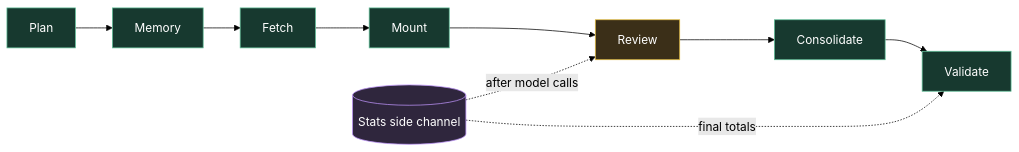
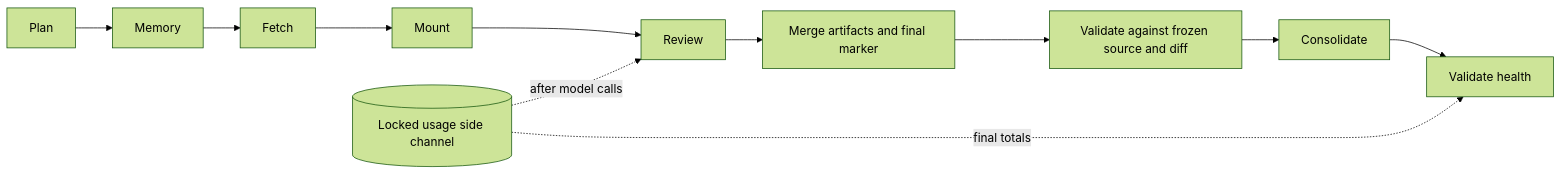
Before and after one commit to chatkausik/Quorum-Code-Review-Deep-Agent: the fourth of 6 diagrams in docs/OPERATIONS_GUIDE.md, drawn with Mermaid (forest theme). The commit also changed other lines of this file and 33 other files, not shown here.

````diff
--- a/docs/OPERATIONS_GUIDE.md
+++ b/docs/OPERATIONS_GUIDE.md
@@ -198,19 +238,14 @@
 ```mermaid
 flowchart LR
     Plan[Plan] --> Memory[Memory]
     Memory --> Fetch[Fetch]
     Fetch --> Mount[Mount]
     Mount --> Review[Review]
-    Review --> Consolidate[Consolidate]
-    Consolidate --> Validate[Validate]
+    Review --> Merge[Merge artifacts and final marker]
+    Merge --> Frozen[Validate against frozen source and diff]
+    Frozen --> Consolidate[Consolidate]
+    Consolidate --> Validate[Validate health]
 
-    Stats[(Stats side channel)] -. after model calls .-> Review
+    Stats[(Locked usage side channel)] -. after model calls .-> Review
     Stats -. final totals .-> Validate
-
-    classDef done fill:#17392f,stroke:#5fbf97,color:#fff;
-    classDef active fill:#3b2f18,stroke:#e3bc3f,color:#fff;
-    classDef side fill:#2f263d,stroke:#bd93f9,color:#fff;
-    class Plan,Memory,Fetch,Mount,Consolidate,Validate done;
-    class Review active;
-    class Stats side;
 ```
````
